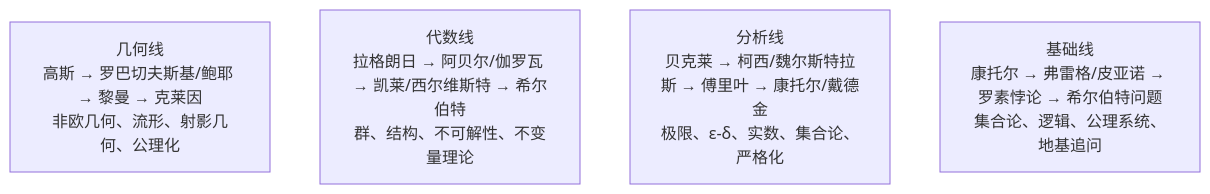
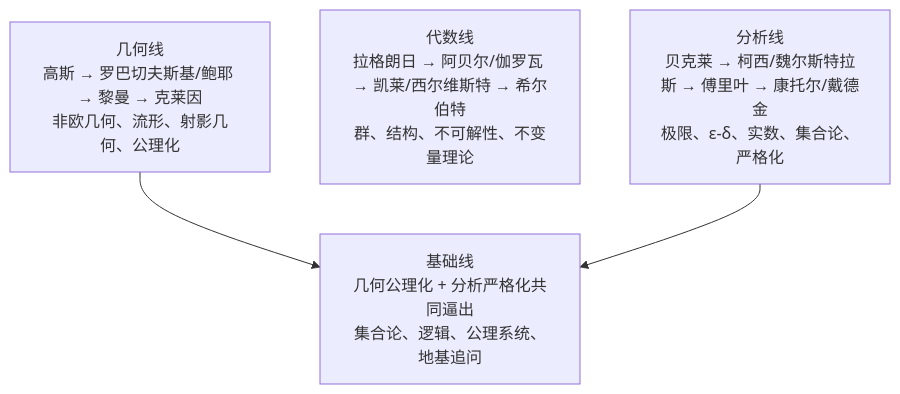
Before and after one commit to dongzhang84/snowboat-blog: the diagram in diagram/math-19th-century-four-lines/plan.md, drawn with Mermaid. The commit also changed other lines of this file and 2 other files, not shown here.

Commit message:
Revise nineteenth century math lines diagram

````diff
--- a/diagram/math-19th-century-four-lines/plan.md
+++ b/diagram/math-19th-century-four-lines/plan.md
@@ -9,7 +9,9 @@
 ```mermaid
 flowchart TD
   G[几何线<br/>高斯 → 罗巴切夫斯基/鲍耶 → 黎曼 → 克莱因<br/>非欧几何、流形、射影几何、公理化]
   A[代数线<br/>拉格朗日 → 阿贝尔/伽罗瓦 → 凯莱/西尔维斯特 → 希尔伯特<br/>群、结构、不可解性、不变量理论]
   N[分析线<br/>贝克莱 → 柯西/魏尔斯特拉斯 → 傅里叶 → 康托尔/戴德金<br/>极限、ε-δ、实数、集合论、严格化]
-  F[基础线<br/>康托尔 → 弗雷格/皮亚诺 → 罗素悖论 → 希尔伯特问题<br/>集合论、逻辑、公理系统、地基追问]
+  F[基础线<br/>几何公理化 + 分析严格化共同逼出<br/>集合论、逻辑、公理系统、地基追问]
+  G --> F
+  N --> F
 ```
````
